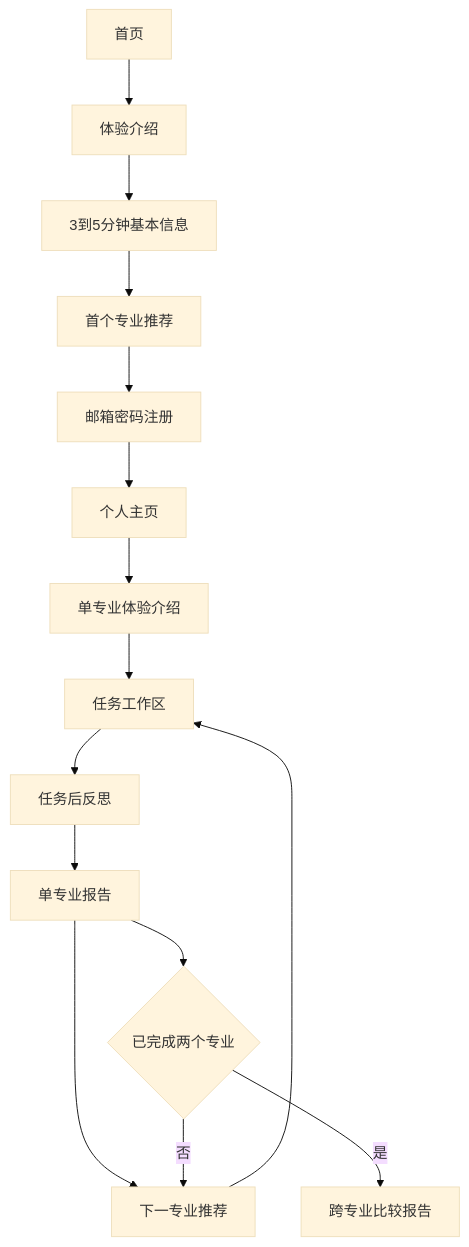
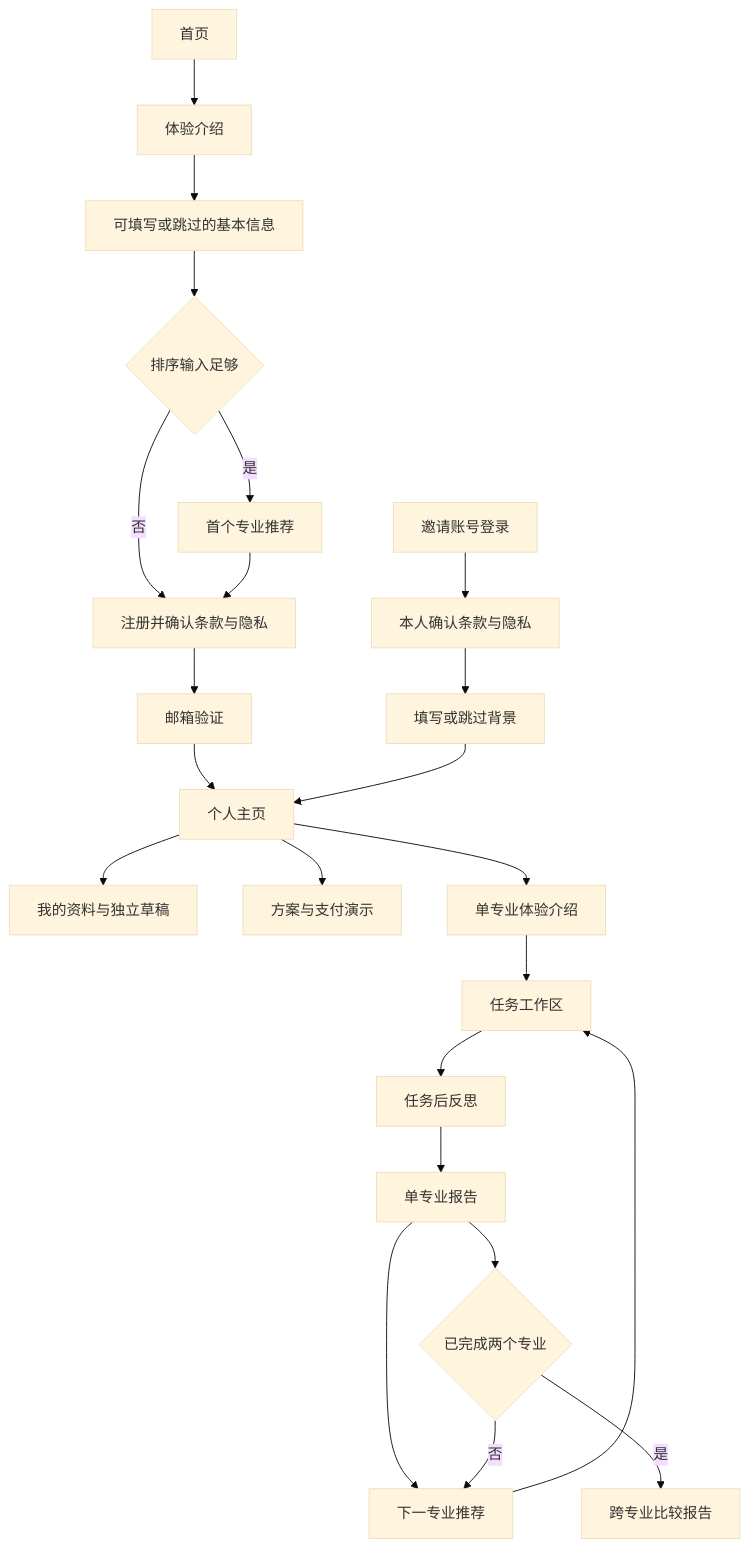
The diagram in docs/02-mvp-information-architecture.md (powerpan/MajorPilot), drawn with Mermaid (base theme) before and after one commit. The commit also changed other lines of this file and 11 other files, not shown here.

````diff
--- a/docs/02-mvp-information-architecture.md
+++ b/docs/02-mvp-information-architecture.md
@@ -88,17 +88,25 @@
 ```mermaid
 flowchart TD
     A[首页] --> B[体验介绍]
-    B --> C[3到5分钟基本信息]
-    C --> D[首个专业推荐]
-    D --> E[邮箱密码注册]
-    E --> F[个人主页]
+    B --> C[可填写或跳过的基本信息]
+    C --> D{排序输入足够}
+    D -- 是 --> R[首个专业推荐]
+    D -- 否 --> E[注册并确认条款与隐私]
+    R --> E
+    E --> V[邮箱验证]
+    V --> F[个人主页]
+    P[邀请账号登录] --> Q[本人确认条款与隐私]
+    Q --> W[填写或跳过背景]
+    W --> F
+    F --> U[我的资料与独立草稿]
+    F --> T[方案与支付演示]
     F --> G[单专业体验介绍]
     G --> H[任务工作区]
     H --> I[任务后反思]
     I --> J[单专业报告]
     J --> K[下一专业推荐]
     K --> H
     J --> L{已完成两个专业}
     L -- 是 --> M[跨专业比较报告]
     L -- 否 --> K
 ```
````
